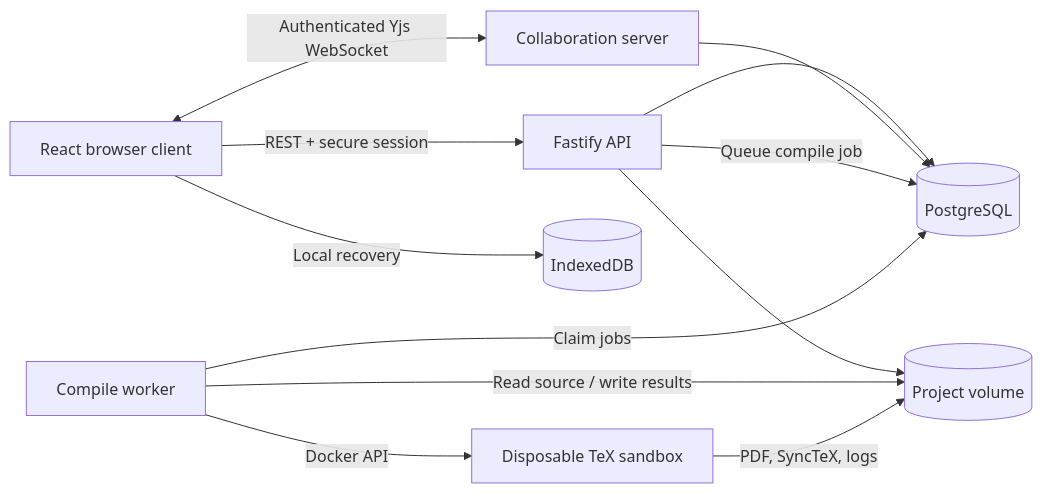
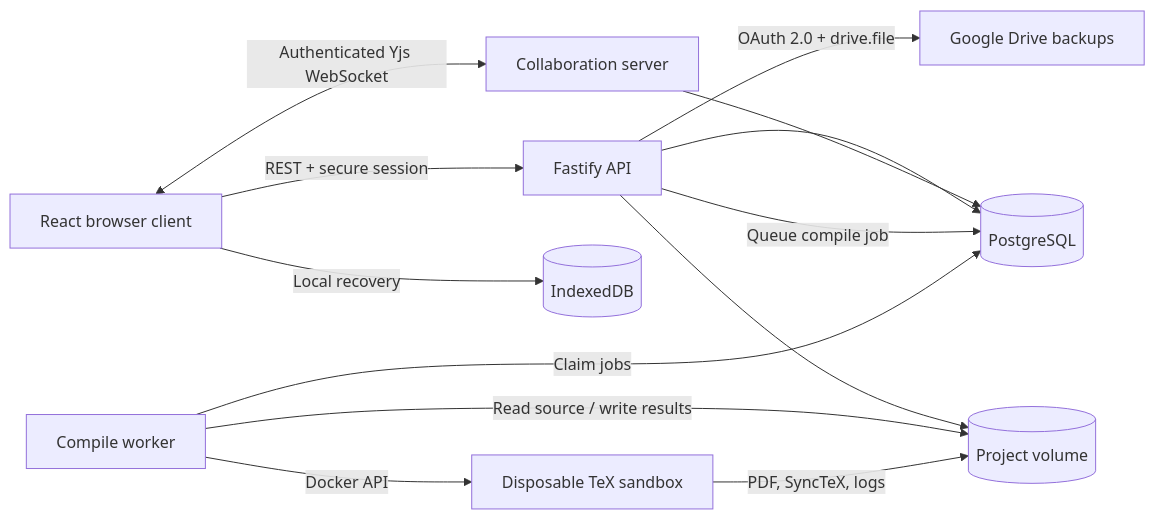
Before and after one commit to MFrd1989/texharbor: the diagram in README.md, drawn with Mermaid. The commit also changed other lines of this file and 17 other files, not shown here.

Commit message:
feat: add Google Drive backups and dark theme

````diff
--- a/README.md
+++ b/README.md
@@ -31,14 +33,15 @@
 ```mermaid
 flowchart LR
     B[React browser client] -->|REST + secure session| A[Fastify API]
     B <-->|Authenticated Yjs WebSocket| C[Collaboration server]
     B -->|Local recovery| I[(IndexedDB)]
     A --> D[(PostgreSQL)]
     C --> D
     A --> V[(Project volume)]
     A -->|Queue compile job| D
     W[Compile worker] -->|Claim jobs| D
     W -->|Read source / write results| V
     W -->|Docker API| X[Disposable TeX sandbox]
     X -->|PDF, SyncTeX, logs| V
+    A -->|OAuth 2.0 + drive.file| G[Google Drive backups]
 ```
````
